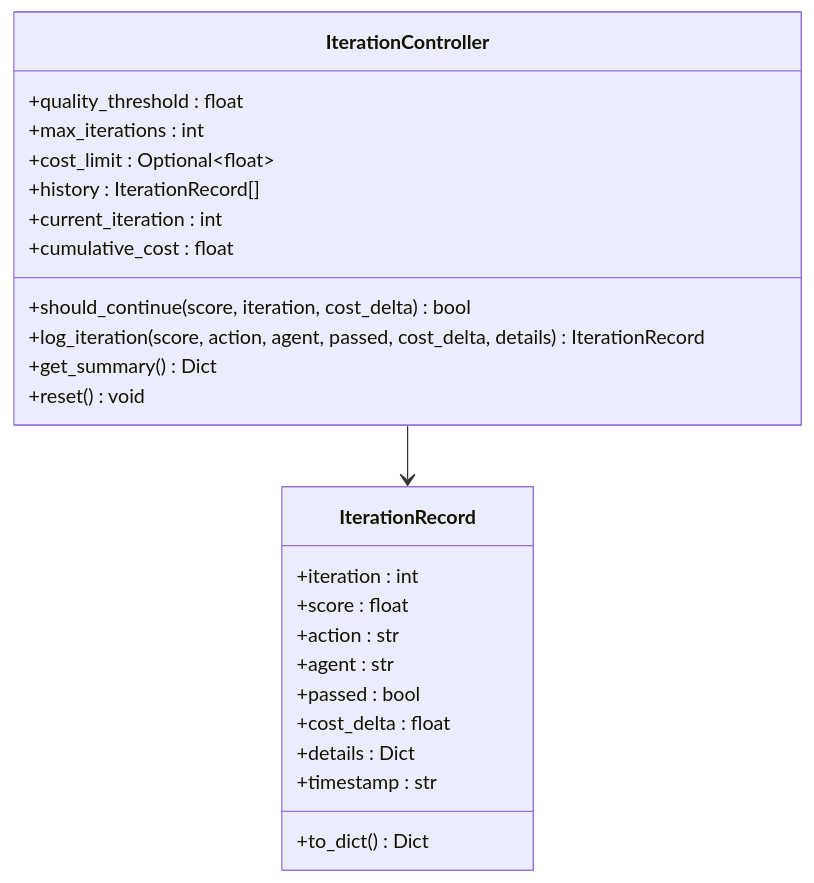
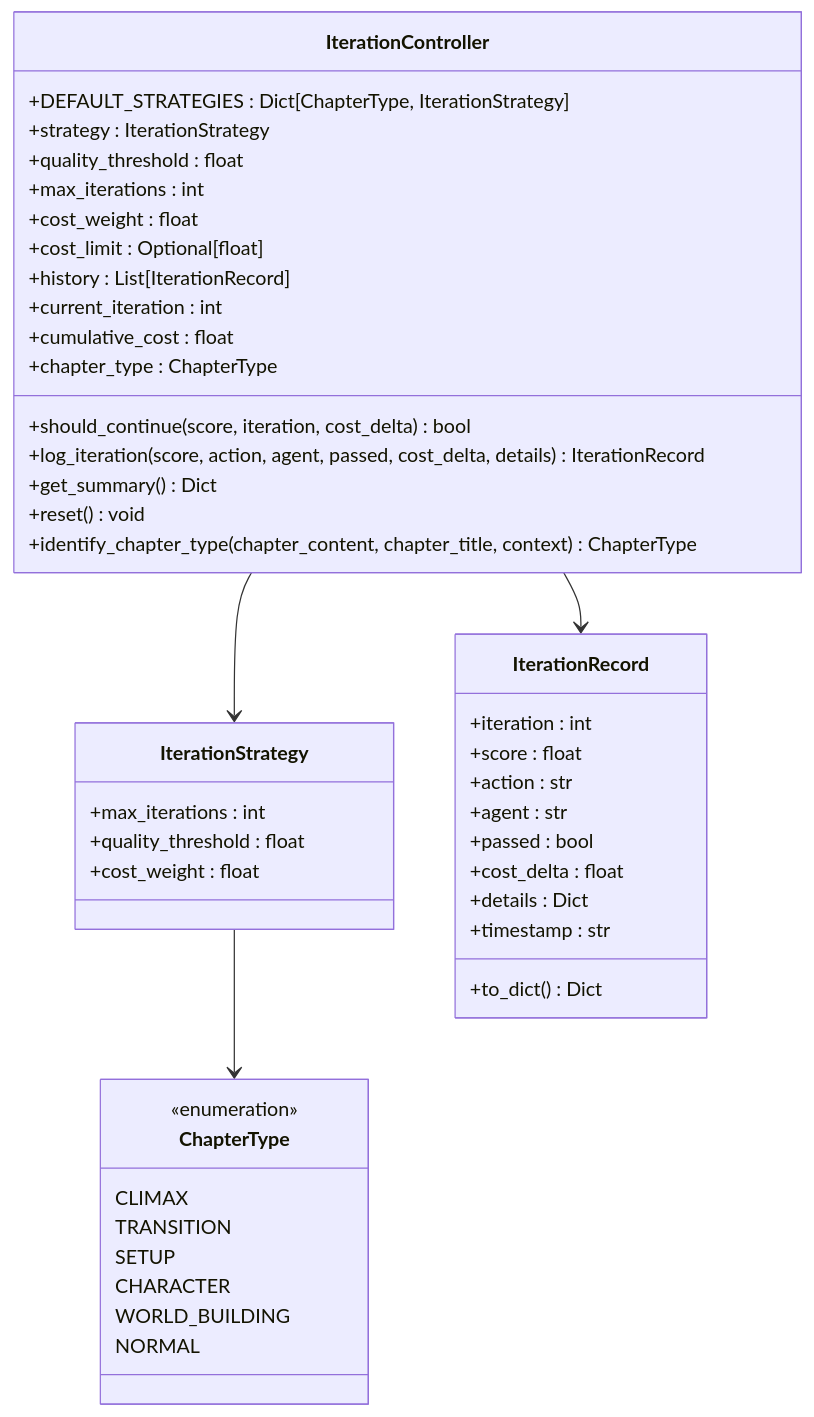
The sixth of 16 diagrams in .qoder/repowiki/zh/content/AI智能体系统/AI智能体系统.md (xfbyxq/ai-novel-system), drawn with Mermaid before and after one commit. The commit also changed other lines of this file and 6 other files, not shown here.

First line of the commit message:
feat(architecture): 完善智能体系统核心组件与架构文档

````diff
--- a/.qoder/repowiki/zh/content/AI智能体系统/AI智能体系统.md
+++ b/.qoder/repowiki/zh/content/AI智能体系统/AI智能体系统.md
@@ -508,27 +502,48 @@
 ```mermaid
 classDiagram
-class IterationController {
+class ChapterType {
+<<enumeration>>
+CLIMAX
+TRANSITION
+SETUP
+CHARACTER
+WORLD_BUILDING
+NORMAL
+}
+class IterationStrategy {
++max_iterations : int
 +quality_threshold : float
-+max_iterations : int
-+cost_limit : Optional~float~
-+history : IterationRecord[]
-+current_iteration : int
-+cumulative_cost : float
-+should_continue(score, iteration, cost_delta) bool
-+log_iteration(score, action, agent, passed, cost_delta, details) IterationRecord
-+get_summary() Dict
-+reset() void
++cost_weight : float
 }
 class IterationRecord {
 +iteration : int
 +score : float
 +action : str
 +agent : str
 +passed : bool
 +cost_delta : float
 +details : Dict
 +timestamp : str
 +to_dict() Dict
 }
+class IterationController {
++DEFAULT_STRATEGIES : Dict[ChapterType, IterationStrategy]
++strategy : IterationStrategy
++quality_threshold : float
++max_iterations : int
++cost_weight : float
++cost_limit : Optional[float]
++history : List[IterationRecord]
++current_iteration : int
++cumulative_cost : float
++chapter_type : ChapterType
++should_continue(score, iteration, cost_delta) bool
++log_iteration(score, action, agent, passed, cost_delta, details) IterationRecord
++get_summary() Dict
++reset() void
++identify_chapter_type(chapter_content, chapter_title, context) ChapterType
+}
+IterationController --> IterationStrategy
 IterationController --> IterationRecord
+IterationStrategy --> ChapterType
 ```
````
